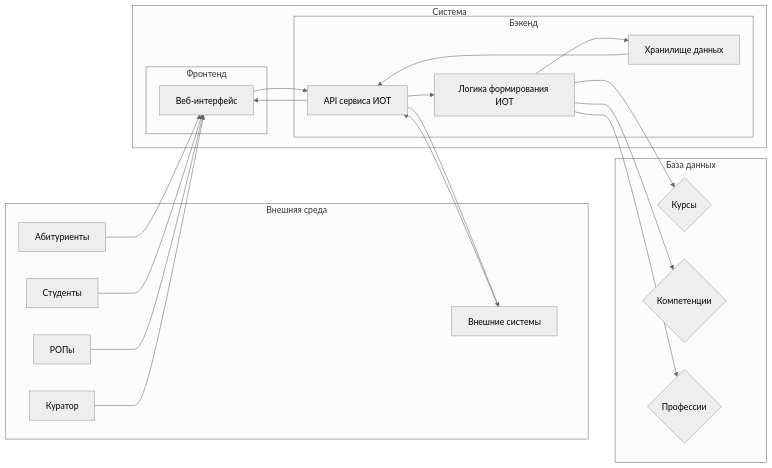
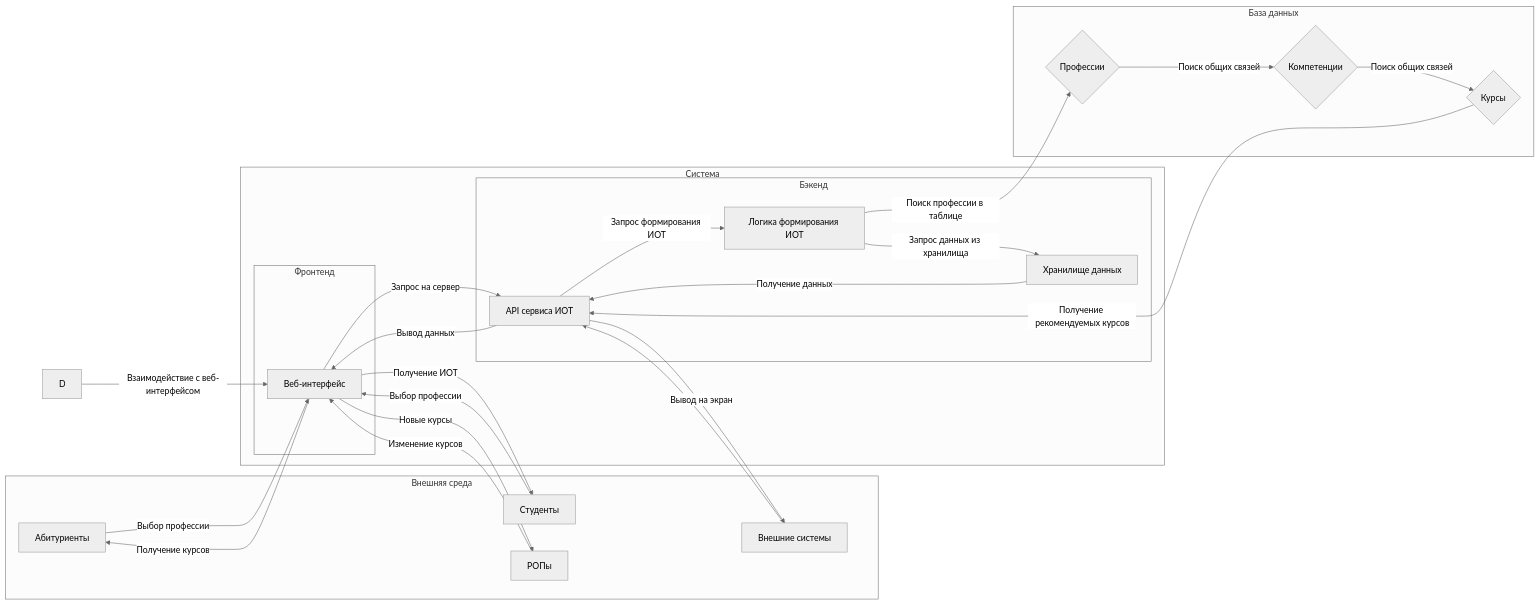
One commit to sardelkaaa/Individual-Education-Trajectory changed the diagram in README.md. Above: the diagram before and after it, drawn with Mermaid (neutral theme).

Commit message:
README.md

````diff
--- a/README.md
+++ b/README.md
@@ -3,45 +3,48 @@
 ```mermaid
 graph LR
     subgraph Внешняя среда
         A[Абитуриенты]
         B[Студенты]
         C[РОПы]
-        D[Куратор]
         E[Внешние системы]
     end
 
     subgraph Система
         subgraph Фронтенд
             Z1[Веб-интерфейс]
         end
         subgraph Бэкенд
             Z2[API сервиса ИОТ]
             Z3[Логика формирования ИОТ]
             Z4[Хранилище данных]
         end
     end
 
     subgraph База данных
         F{Курсы}
         G{Компетенции}
         H{Профессии}
     end
 
-    A --> Z1
-    B --> Z1
-    C --> Z1
-    D --> Z1
+    A --Выбор профессии--> Z1
+    B --Выбор профессии--> Z1
+    C --Изменение курсов--> Z1
+    D --Взаимодействие с веб-интерфейсом--> Z1
+    Z1 --Получение курсов--> A
+    Z1 --Получение ИОТ--> B
+    Z1 --Новые курсы--> C
     E --> Z2
 
-    Z1 --> Z2
-    Z2 --> Z3
-    Z3 --> Z4
-    Z4 --> Z2
-    Z2 --> Z1
+    Z1 --Запрос на сервер--> Z2
+    Z2 --Запрос формирования ИОТ--> Z3
+    Z3 --Запрос данных из хранилища--> Z4
+    Z4 --Получение данных--> Z2
+    Z2 --Вывод данных--> Z1
 
-    Z3 --> F
-    Z3 --> G
-    Z3 --> H
+    Z3 --Поиск профессии в таблице--> H
+    H --Поиск общих связей--> G
+    G --Поиск общих связей--> F
+    F --Получение рекомендуемых курсов--> Z2
 
-    Z2 --> E
+    Z2 --Вывод на экран--> E
 ```
````
